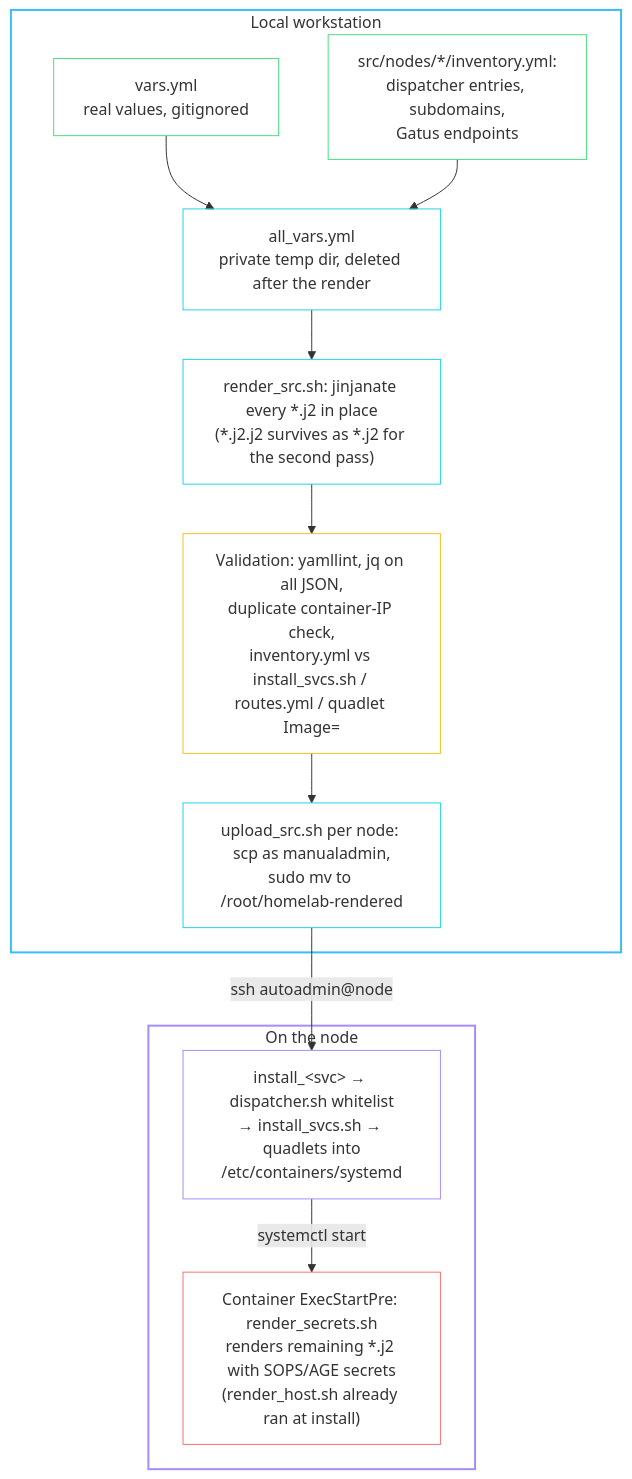
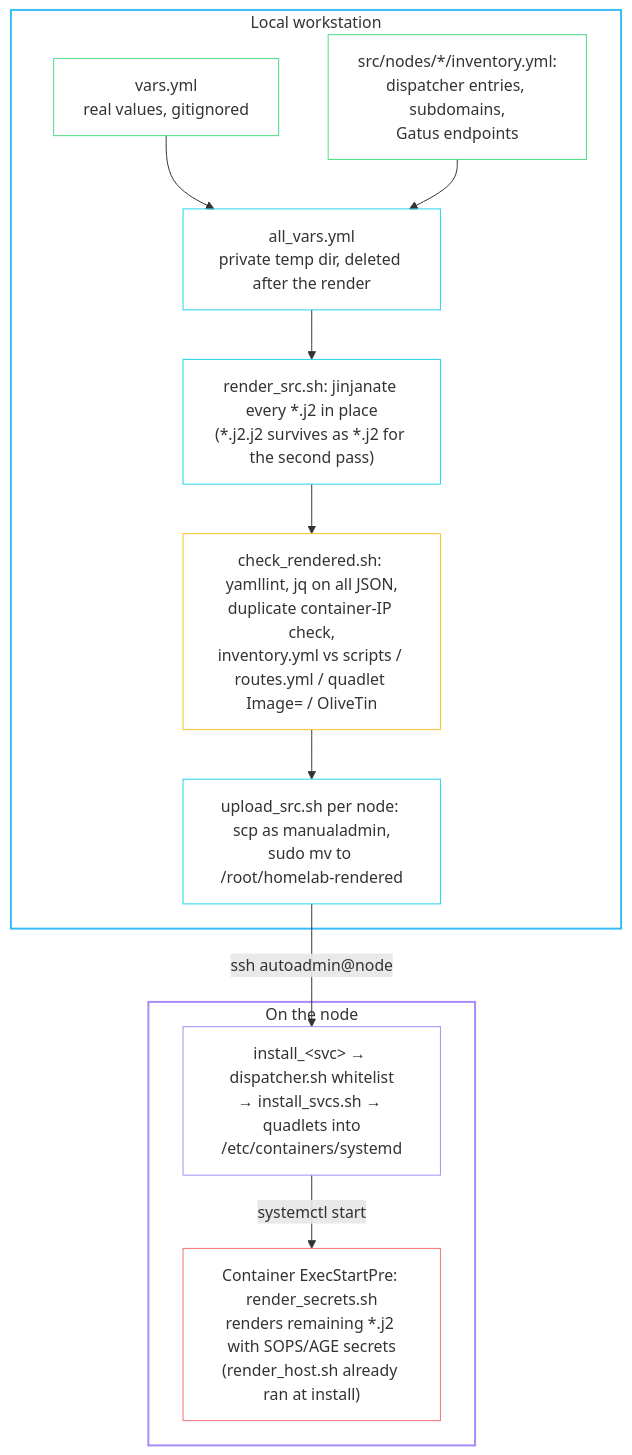
Before and after one commit to babraham123/homelab: the diagram in docs/development.md, drawn with Mermaid. The commit also changed other lines of this file and 37 other files, not shown here.

First line of the commit message:
check_rendered: one module for the render-time checks, with fixture tests

````diff
--- a/docs/development.md
+++ b/docs/development.md
@@ -79,35 +80,35 @@
 ```mermaid
 flowchart TB
     subgraph local["Local workstation"]
         vars["vars.yml<br/>real values, gitignored"]
         inventory["src/nodes/*/inventory.yml:<br/>dispatcher entries, subdomains,<br/>Gatus endpoints"]
         allvars["all_vars.yml<br/>private temp dir, deleted after the render"]
         render["render_src.sh: jinjanate every *.j2 in place<br/>(*.j2.j2 survives as *.j2 for the second pass)"]
-        validate["Validation: yamllint, jq on all JSON,<br/>duplicate container-IP check,<br/>inventory.yml vs install_svcs.sh / routes.yml / quadlet Image="]
+        validate["check_rendered.sh: yamllint, jq on all JSON,<br/>duplicate container-IP check,<br/>inventory.yml vs scripts / routes.yml / quadlet Image= / OliveTin"]
         upload["upload_src.sh per node: scp as manualadmin,<br/>sudo mv to /root/homelab-rendered"]
     end
 
     subgraph node["On the node"]
         dispatch["install_&lt;svc&gt; → dispatcher.sh whitelist<br/>→ install_svcs.sh → quadlets into<br/>/etc/containers/systemd"]
         second["Container ExecStartPre: render_secrets.sh<br/>renders remaining *.j2 with SOPS/AGE secrets<br/>(render_host.sh already ran at install)"]
     end
 
     vars --> allvars
     inventory --> allvars
     allvars --> render --> validate --> upload
     upload -- "ssh autoadmin@node" --> dispatch
     dispatch -- "systemctl start" --> second
 
     style local stroke:#38bdf8,stroke-width:2px,fill:transparent
     style node stroke:#a78bfa,stroke-width:2px,fill:transparent
     classDef input stroke:#4ade80,fill:transparent
     classDef step stroke:#22d3ee,fill:transparent
     classDef onnode stroke:#a78bfa,fill:transparent
     classDef check stroke:#fbbf24,fill:transparent
     classDef secret stroke:#f87171,fill:transparent
     class vars,inventory input
     class allvars,render,upload step
     class dispatch onnode
     class validate check
     class second secret
 ```
````
